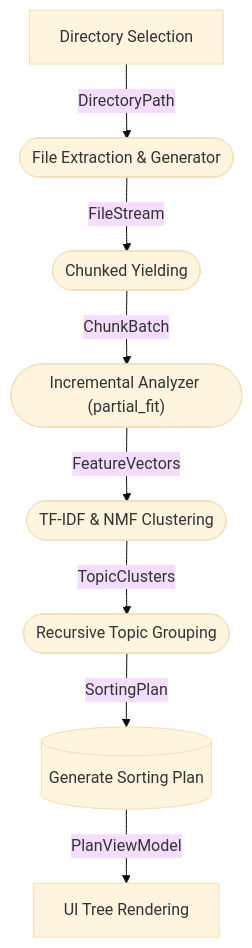
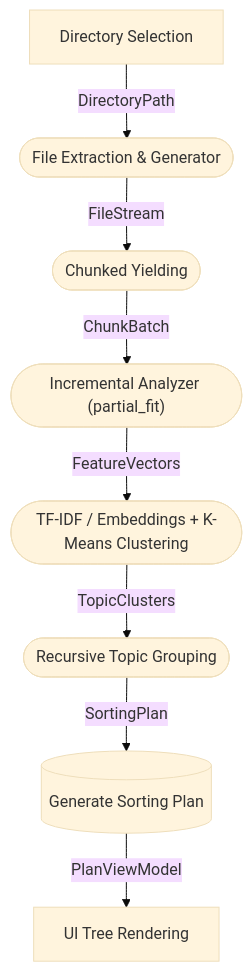
The diagram in docs/assets/diagrams/architecture_dataflow.mmd (fderuiter/sortify), drawn with Mermaid (base theme) before and after one commit. The commit also changed 520 other files, not shown here.

```diff
--- a/docs/assets/diagrams/architecture_dataflow.mmd
+++ b/docs/assets/diagrams/architecture_dataflow.mmd
@@ -1,24 +1,24 @@
 graph TD
     A["Directory Selection"]
     B(["File Extraction & Generator"])
     C(["Chunked Yielding"])
     D(["Incremental Analyzer (partial_fit)"])
-    E(["TF-IDF & NMF Clustering"])
+    E(["TF-IDF / Embeddings + K-Means Clustering"])
     F(["Recursive Topic Grouping"])
     G[("Generate Sorting Plan")]
     H["UI Tree Rendering"]
     A -->|DirectoryPath| B
     B -->|FileStream| C
     C -->|ChunkBatch| D
     D -->|FeatureVectors| E
     E -->|TopicClusters| F
     F -->|SortingPlan| G
     G -->|PlanViewModel| H
     click A "docs/user_guide.md#first-run-steps--setup-wizard" "Directory Selection Step"
     click B "docs/user_guide.md#supported-file-formats" "File Extraction Step"
     click C tooltip "Chunked Yielding Step"
     click D tooltip "Analyzer Step"
     click E "docs/user_guide.md#ai-clustering-constraints" "Clustering Step"
     click F tooltip "Topic Grouping Step"
     click G tooltip "Sorting Plan Step"
     click H "docs/ui.md#appuiplan_treeview" "UI Rendering Step"
```
